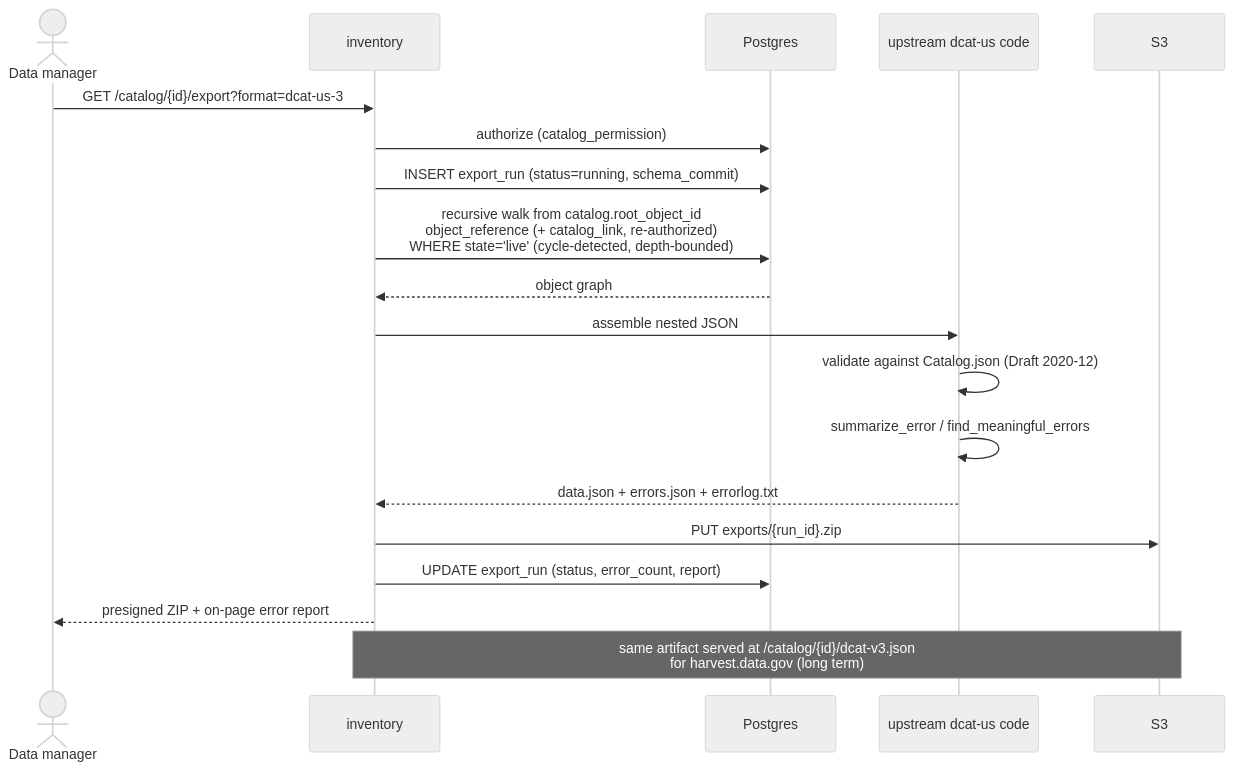
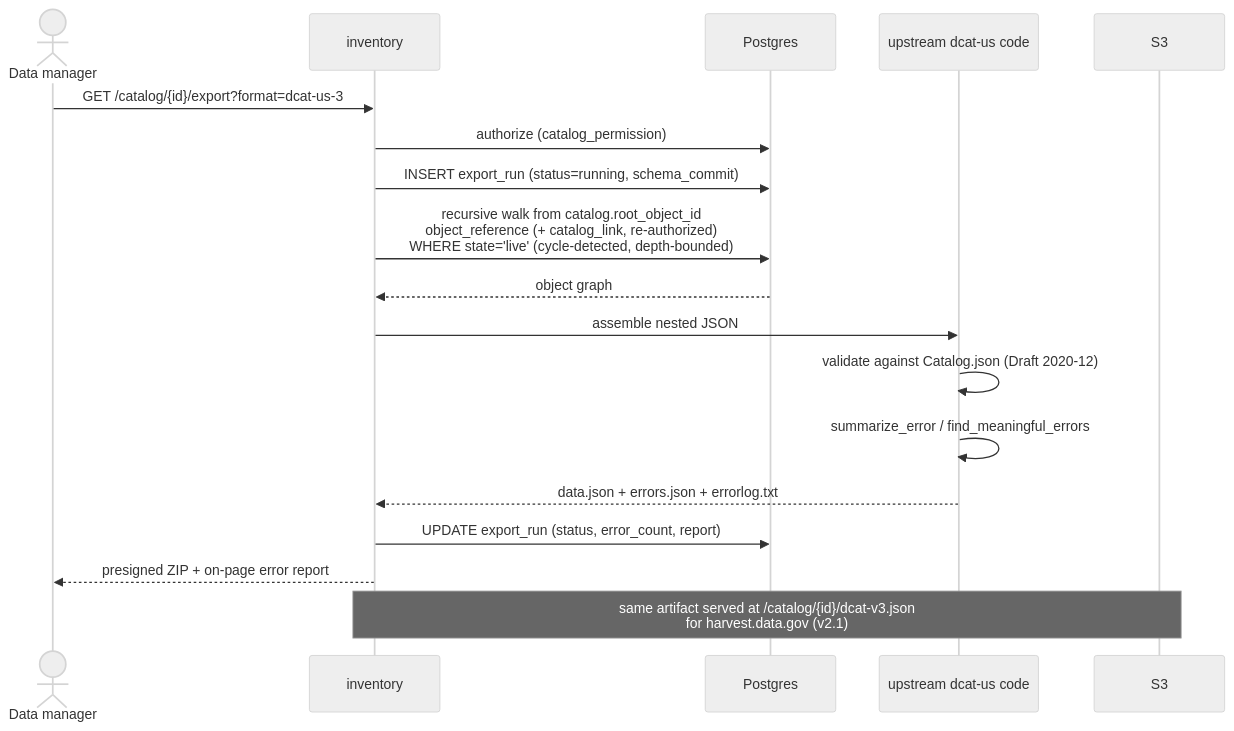
Before and after one commit to GSA/datagov-inventory: the fourth of 7 diagrams in docs/architecture.md, drawn with Mermaid (neutral theme). The commit also changed other lines of this file, not shown here.

First line of the commit message:
Update Export sequence diagram

````diff
--- a/docs/architecture.md
+++ b/docs/architecture.md
@@ -374,22 +374,21 @@
 ```mermaid
 sequenceDiagram
     actor U as Data manager
     participant W as inventory
     participant DB as Postgres
     participant V as upstream dcat-us code
     participant S3
 
     U->>W: GET /catalog/{id}/export?format=dcat-us-3
     W->>DB: authorize (catalog_permission)
     W->>DB: INSERT export_run (status=running, schema_commit)
     W->>DB: recursive walk from catalog.root_object_id<br/>object_reference (+ catalog_link, re-authorized)<br/>WHERE state='live' (cycle-detected, depth-bounded)
     DB-->>W: object graph
     W->>V: assemble nested JSON
     V->>V: validate against Catalog.json (Draft 2020-12)
     V->>V: summarize_error / find_meaningful_errors
     V-->>W: data.json + errors.json + errorlog.txt
-    W->>S3: PUT exports/{run_id}.zip
     W->>DB: UPDATE export_run (status, error_count, report)
     W-->>U: presigned ZIP + on-page error report
-    Note over W,S3: same artifact served at /catalog/{id}/dcat-v3.json<br/>for harvest.data.gov (long term)
+    Note over W,S3: same artifact served at /catalog/{id}/dcat-v3.json<br/>for harvest.data.gov (v2.1)
 ```
````
